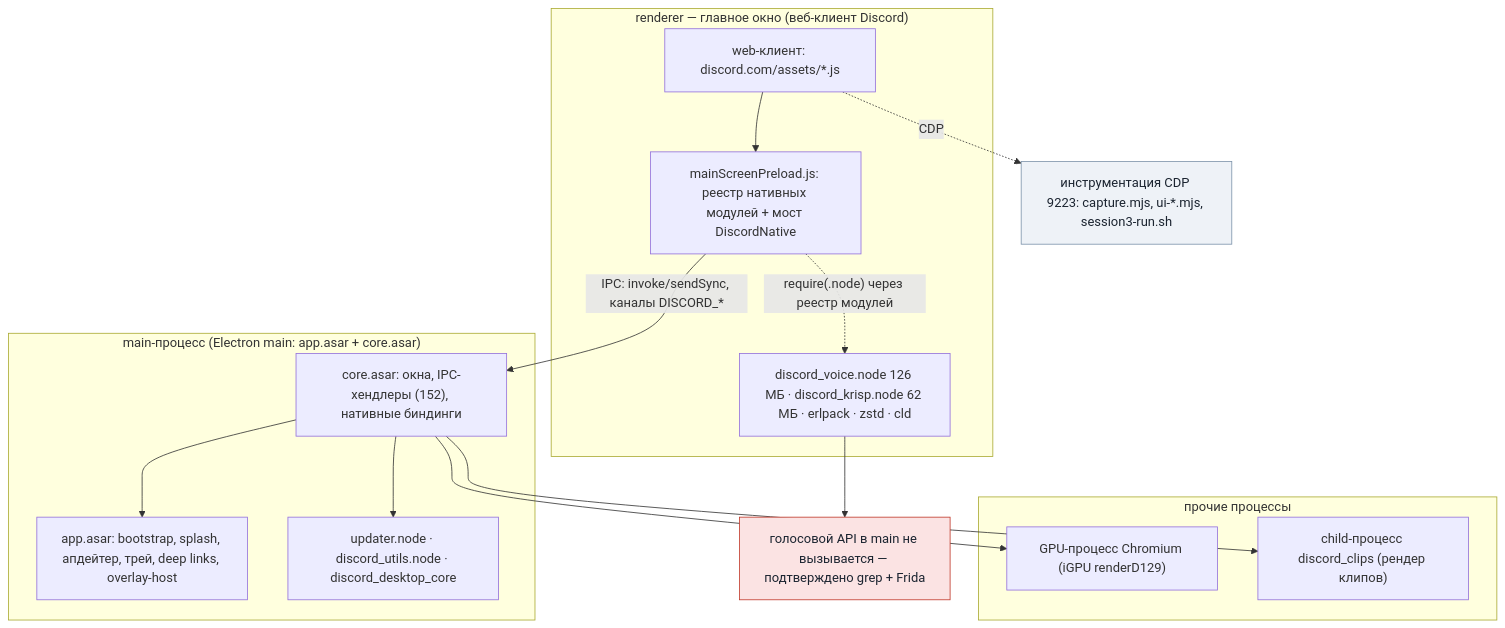
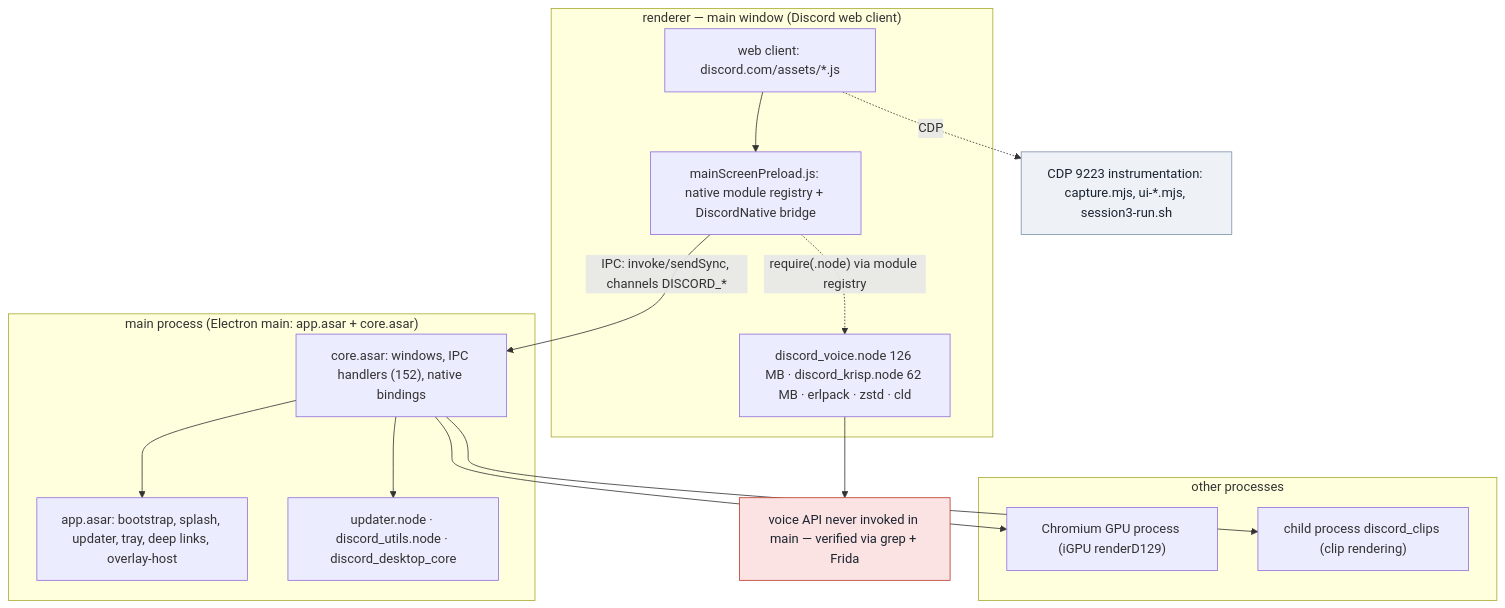
One commit to Userbash/chord changed the first of 6 diagrams in docs/re/architecture.md. Above: the diagram before and after it, drawn with Mermaid. The commit also changed other lines of this file and 2279 other files, not shown here.

````diff
--- a/docs/re/architecture.md
+++ b/docs/re/architecture.md
@@ -10,35 +7,35 @@
 ```mermaid
 flowchart TB
   classDef note fill:#eef2f7,stroke:#7d93ab,color:#1b2430
   classDef nok fill:#fbe3e3,stroke:#c0392b,color:#1b2430
 
-  subgraph MAIN["main-процесс (Electron main: app.asar + core.asar)"]
-    MAPP["app.asar: bootstrap, splash, апдейтер, трей, deep links, overlay-host"]
-    MCORE["core.asar: окна, IPC-хендлеры (152), нативные биндинги"]
+  subgraph MAIN["main process (Electron main: app.asar + core.asar)"]
+    MAPP["app.asar: bootstrap, splash, updater, tray, deep links, overlay-host"]
+    MCORE["core.asar: windows, IPC handlers (152), native bindings"]
     MNAT["updater.node · discord_utils.node · discord_desktop_core"]
   end
 
-  subgraph REND["renderer — главное окно (веб-клиент Discord)"]
-    WEB["web-клиент: discord.com/assets/*.js"]
-    PRE["mainScreenPreload.js: реестр нативных модулей + мост DiscordNative"]
-    RNAT["discord_voice.node 126 МБ · discord_krisp.node 62 МБ · erlpack · zstd · cld"]
+  subgraph REND["renderer — main window (Discord web client)"]
+    WEB["web client: discord.com/assets/*.js"]
+    PRE["mainScreenPreload.js: native module registry + DiscordNative bridge"]
+    RNAT["discord_voice.node 126 MB · discord_krisp.node 62 MB · erlpack · zstd · cld"]
   end
 
-  subgraph OTH["прочие процессы"]
-    GPU["GPU-процесс Chromium (iGPU renderD129)"]
-    CLIP["child-процесс discord_clips (рендер клипов)"]
+  subgraph OTH["other processes"]
+    GPU["Chromium GPU process (iGPU renderD129)"]
+    CLIP["child process discord_clips (clip rendering)"]
   end
 
-  TOOL["инструментация CDP 9223: capture.mjs, ui-*.mjs, session3-run.sh"]:::note
-  NOV["голосовой API в main не вызывается — подтверждено grep + Frida"]:::nok
+  TOOL["CDP 9223 instrumentation: capture.mjs, ui-*.mjs, session3-run.sh"]:::note
+  NOV["voice API never invoked in main — verified via grep + Frida"]:::nok
 
   WEB --> PRE
-  PRE -->|"IPC: invoke/sendSync, каналы DISCORD_*"| MCORE
+  PRE -->|"IPC: invoke/sendSync, channels DISCORD_*"| MCORE
   MCORE --> MAPP
   MCORE --> MNAT
-  PRE -. "require(.node) через реестр модулей" .-> RNAT
+  PRE -. "require(.node) via module registry" .-> RNAT
   MCORE --> GPU
   MCORE --> CLIP
   RNAT --> NOV
   WEB -. "CDP" .-> TOOL
 ```
````
